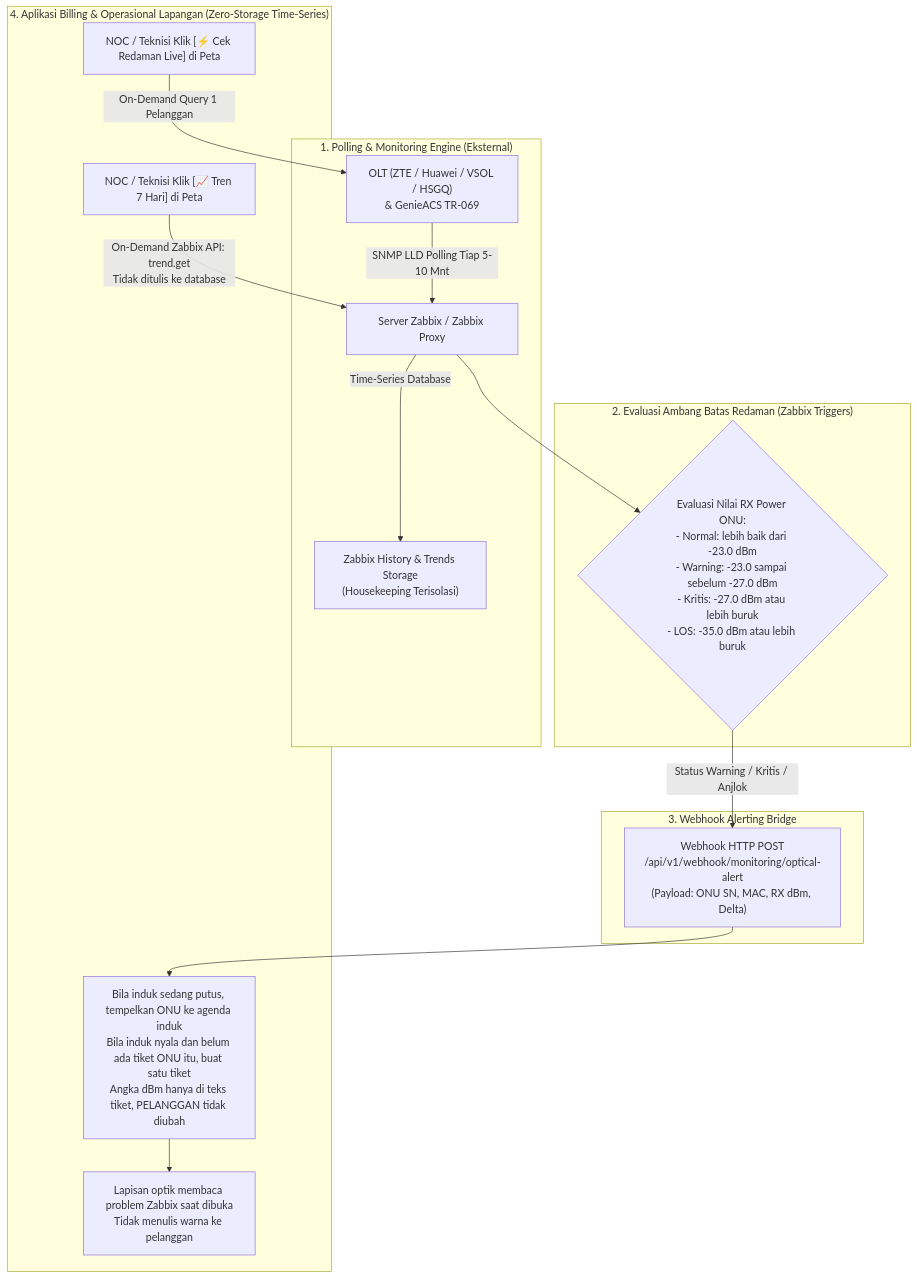
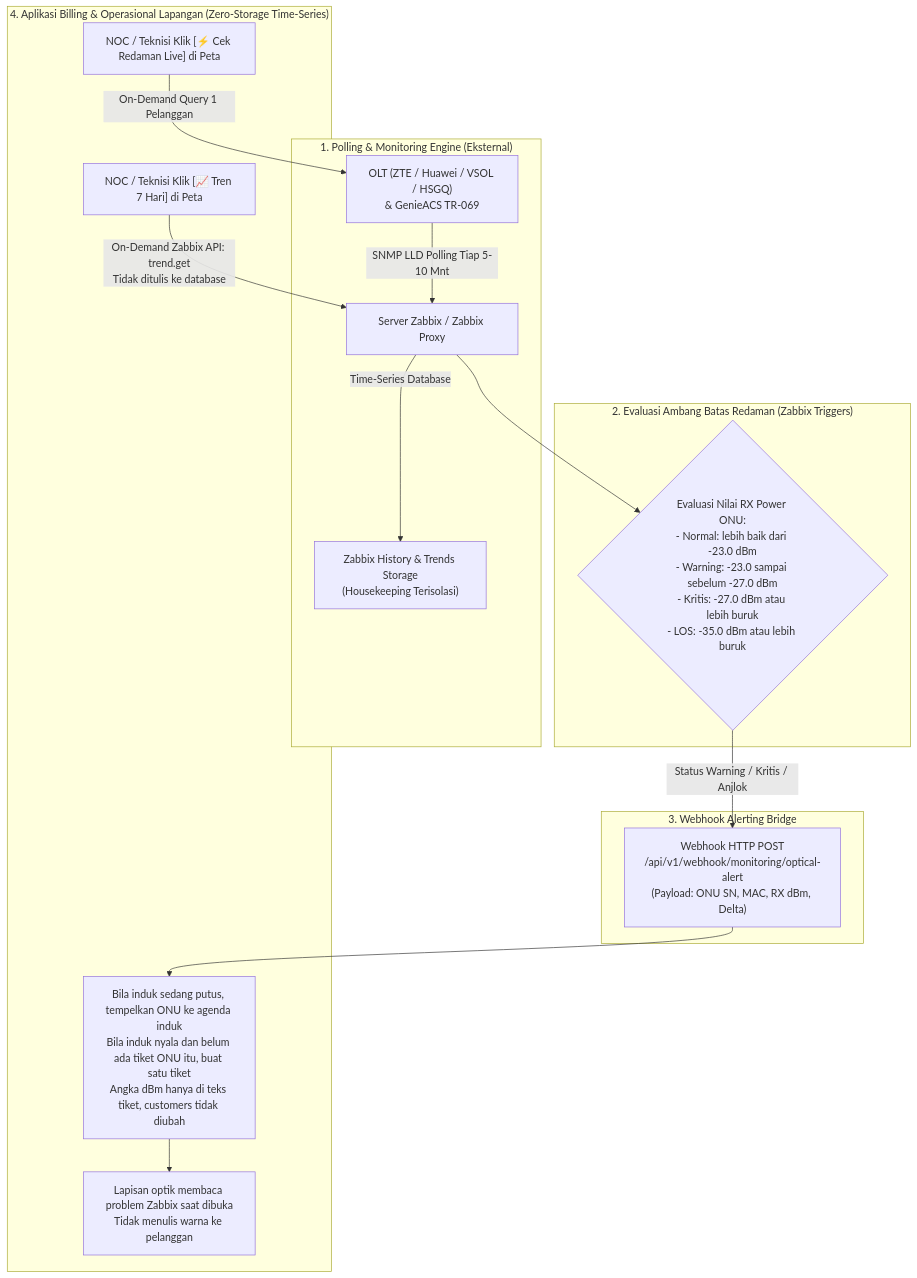
One commit to revroger007/billing-isp-v2 changed the ninth of 16 diagrams in docs/cara-kerja.md. Above: the diagram before and after it, drawn with Mermaid. The commit also changed other lines of this file and 2 other files, not shown here.

````diff
--- a/docs/cara-kerja.md
+++ b/docs/cara-kerja.md
@@ -892,23 +892,23 @@
 ```mermaid
 flowchart TD
     subgraph POLLING_TIER["1. Polling & Monitoring Engine (Eksternal)"]
         OLT["OLT (ZTE / Huawei / VSOL / HSGQ)\n& GenieACS TR-069"] -->|SNMP LLD Polling Tiap 5-10 Mnt| ZABBIX["Server Zabbix / Zabbix Proxy"]
         ZABBIX -->|Time-Series Database| Z_DB["Zabbix History & Trends Storage\n(Housekeeping Terisolasi)"]
     end
 
     subgraph TRIGGER_ENGINE["2. Evaluasi Ambang Batas Redaman (Zabbix Triggers)"]
         ZABBIX --> EVAL{"Evaluasi Nilai RX Power ONU:\n- Normal: lebih baik dari -23.0 dBm\n- Warning: -23.0 sampai sebelum -27.0 dBm\n- Kritis: -27.0 dBm atau lebih buruk\n- LOS: -35.0 dBm atau lebih buruk"}
     end
 
     subgraph WEBHOOK_BRIDGE["3. Webhook Alerting Bridge"]
         EVAL -->|Status Warning / Kritis / Anjlok| WH["Webhook HTTP POST\n/api/v1/webhook/monitoring/optical-alert\n(Payload: ONU SN, MAC, RX dBm, Delta)"]
     end
 
     subgraph BILLING_APP["4. Aplikasi Billing & Operasional Lapangan (Zero-Storage Time-Series)"]
-        WH --> TIKET["Bila induk sedang putus, tempelkan ONU ke agenda induk\nBila induk nyala dan belum ada tiket ONU itu, buat satu tiket\nAngka dBm hanya di teks tiket, PELANGGAN tidak diubah"]
+        WH --> TIKET["Bila induk sedang putus, tempelkan ONU ke agenda induk\nBila induk nyala dan belum ada tiket ONU itu, buat satu tiket\nAngka dBm hanya di teks tiket, customers tidak diubah"]
         TIKET --> MAP["Lapisan optik membaca problem Zabbix saat dibuka\nTidak menulis warna ke pelanggan"]
         
         NOC_LIVE["NOC / Teknisi Klik [⚡ Cek Redaman Live] di Peta"] -->|On-Demand Query 1 Pelanggan| OLT
         NOC_SPARK["NOC / Teknisi Klik [📈 Tren 7 Hari] di Peta"] -->|On-Demand Zabbix API: trend.get\nTidak ditulis ke database| ZABBIX
     end
 ```
````
